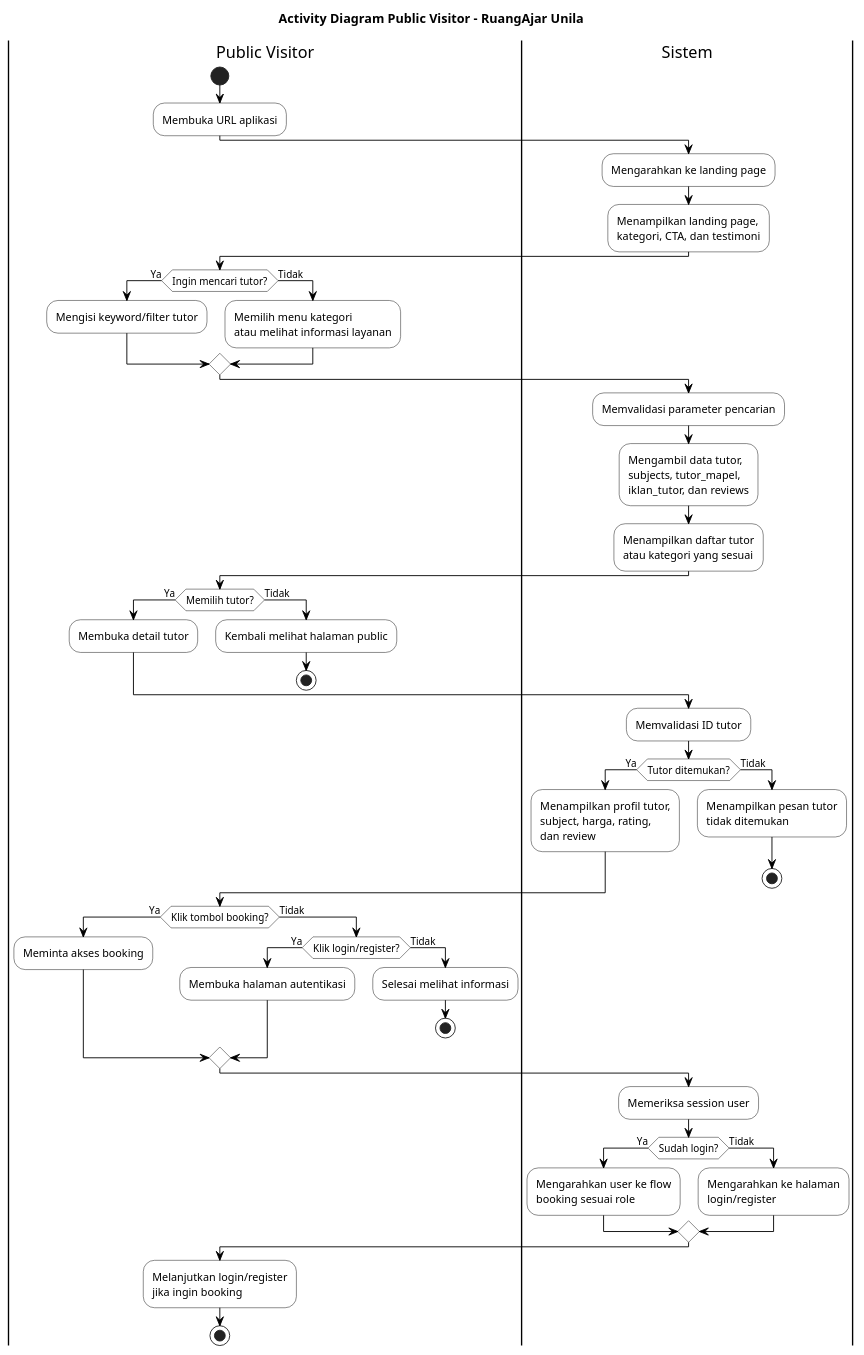
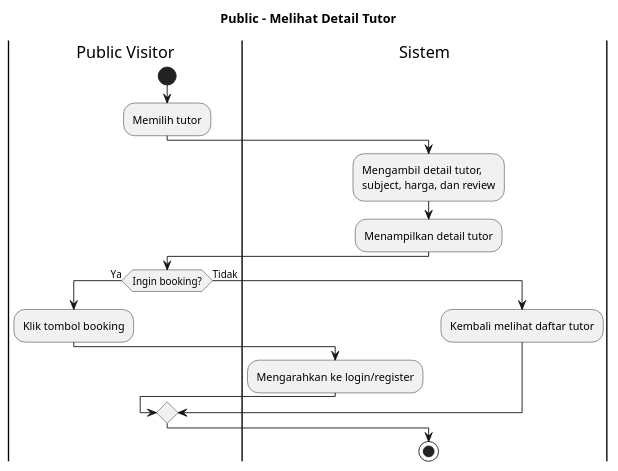
One commit to dhitoary/RuangAjar-Unila changed the third of 3 diagrams in docs/activitydiagram-public.md. Above: the diagram before and after it, drawn with PlantUML. The commit also changed other lines of this file and 10 other files, not shown here.

````diff
--- a/docs/activitydiagram-public.md
+++ b/docs/activitydiagram-public.md
@@ -1,78 +52,28 @@
 ```plantuml
 @startuml
-title Activity Diagram Public Visitor - RuangAjar Unila
+title Public - Melihat Detail Tutor
 
 skinparam monochrome true
 skinparam shadowing false
-skinparam activity {
-  BackgroundColor white
-  BorderColor black
-  FontColor black
-  ArrowColor black
-}
-skinparam swimlane {
-  BorderColor black
-}
+skinparam defaultFontName Arial
 
 |Public Visitor|
 start
-:Membuka URL aplikasi;
+:Memilih tutor;
 
 |Sistem|
-:Mengarahkan ke landing page;
-:Menampilkan landing page,\nkategori, CTA, dan testimoni;
+:Mengambil detail tutor,\nsubject, harga, dan review;
+:Menampilkan detail tutor;
 
 |Public Visitor|
-if (Ingin mencari tutor?) then (Ya)
-  :Mengisi keyword/filter tutor;
+if (Ingin booking?) then (Ya)
+  :Klik tombol booking;
+  |Sistem|
+  :Mengarahkan ke login/register;
 else (Tidak)
-  :Memilih menu kategori\natau melihat informasi layanan;
+  :Kembali melihat daftar tutor;
 endif
 
-|Sistem|
-:Memvalidasi parameter pencarian;
-:Mengambil data tutor,\nsubjects, tutor_mapel,\niklan_tutor, dan reviews;
-:Menampilkan daftar tutor\natau kategori yang sesuai;
-
-|Public Visitor|
-if (Memilih tutor?) then (Ya)
-  :Membuka detail tutor;
-else (Tidak)
-  :Kembali melihat halaman public;
-  stop
-endif
-
-|Sistem|
-:Memvalidasi ID tutor;
-if (Tutor ditemukan?) then (Ya)
-  :Menampilkan profil tutor,\nsubject, harga, rating,\ndan review;
-else (Tidak)
-  :Menampilkan pesan tutor\ntidak ditemukan;
-  stop
-endif
-
-|Public Visitor|
-if (Klik tombol booking?) then (Ya)
-  :Meminta akses booking;
-else (Tidak)
-  if (Klik login/register?) then (Ya)
-    :Membuka halaman autentikasi;
-  else (Tidak)
-    :Selesai melihat informasi;
-    stop
-  endif
-endif
-
-|Sistem|
-:Memeriksa session user;
-if (Sudah login?) then (Ya)
-  :Mengarahkan user ke flow\nbooking sesuai role;
-else (Tidak)
-  :Mengarahkan ke halaman\nlogin/register;
-endif
-
-|Public Visitor|
-:Melanjutkan login/register\njika ingin booking;
 stop
 @enduml
 ```
````
